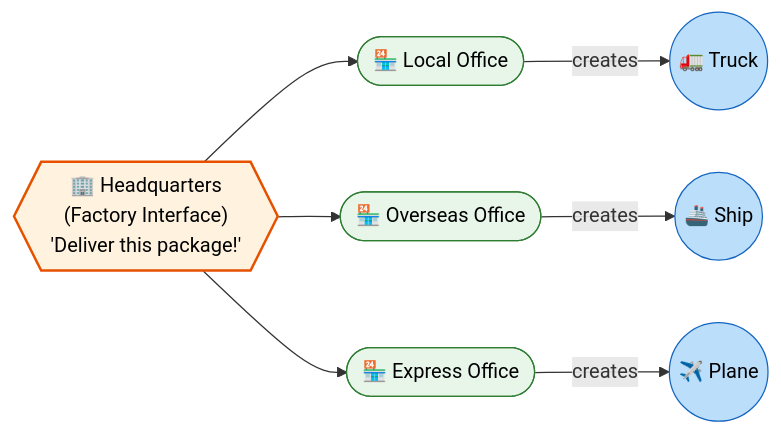
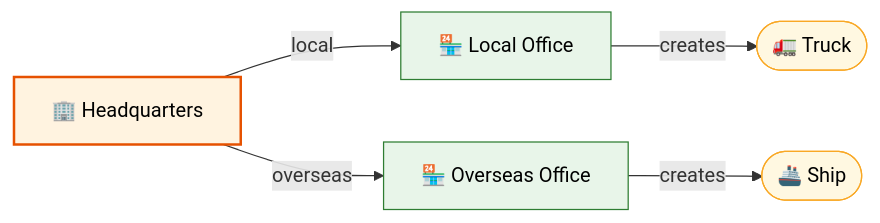
The first of 3 diagrams in docs/designpatterns/creationalDesignPatterns/FactoryDesignPattern.md (saivamsikaruturi/vamsilabs-dev-notes-main), drawn with Mermaid before and after one commit. The commit also changed other lines of this file and 42 other files, not shown here.

````diff
--- a/docs/designpatterns/creationalDesignPatterns/FactoryDesignPattern.md
+++ b/docs/designpatterns/creationalDesignPatterns/FactoryDesignPattern.md
@@ -10,18 +10,11 @@
 ```mermaid
 flowchart LR
-    HQ{{"🏢 Headquarters<br/>(Factory Interface)<br/>'Deliver this package!'"}}
-    HQ --> L(["🏪 Local Office"])
-    HQ --> O(["🏪 Overseas Office"])
-    HQ --> E(["🏪 Express Office"])
-    L -->|creates| T(("🚛 Truck"))
-    O -->|creates| S(("🚢 Ship"))
-    E -->|creates| P(("✈️ Plane"))
+    HQ["🏢 Headquarters"] -->|"local"| L["🏪 Local Office"] -->|"creates"| T(["🚛 Truck"])
+    HQ -->|"overseas"| O["🏪 Overseas Office"] -->|"creates"| S(["🚢 Ship"])
     
     style HQ fill:#FFF3E0,stroke:#E65100,stroke-width:2px,color:#000
     style L fill:#E8F5E9,stroke:#2E7D32,color:#000
     style O fill:#E8F5E9,stroke:#2E7D32,color:#000
-    style E fill:#E8F5E9,stroke:#2E7D32,color:#000
-    style T fill:#BBDEFB,stroke:#1565C0,color:#000
-    style S fill:#BBDEFB,stroke:#1565C0,color:#000
-    style P fill:#BBDEFB,stroke:#1565C0,color:#000
+    style T fill:#FFF8E1,stroke:#F9A825,color:#000
+    style S fill:#FFF8E1,stroke:#F9A825,color:#000
 ```
````
